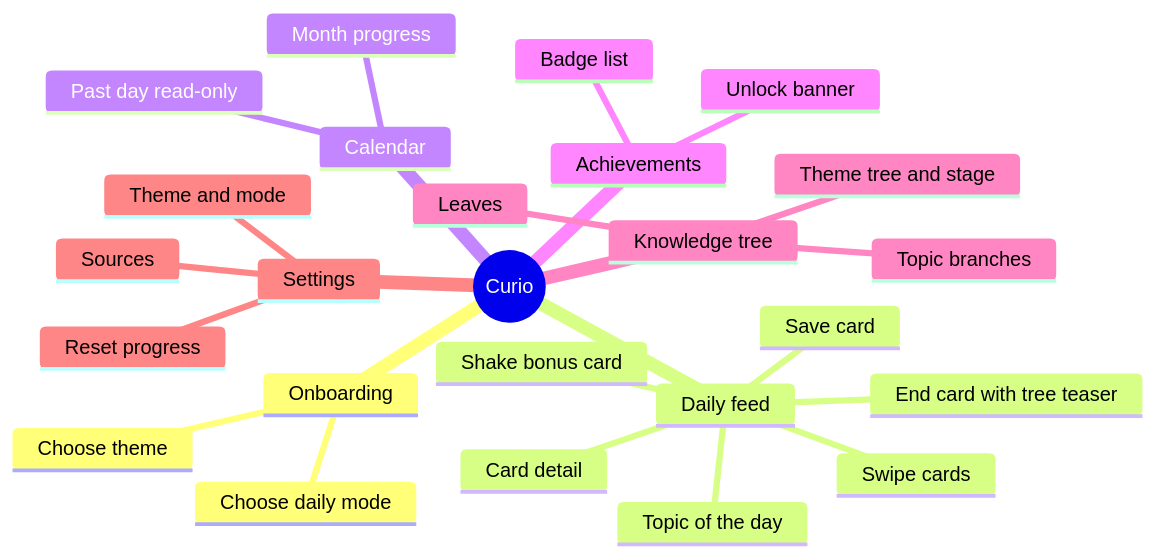
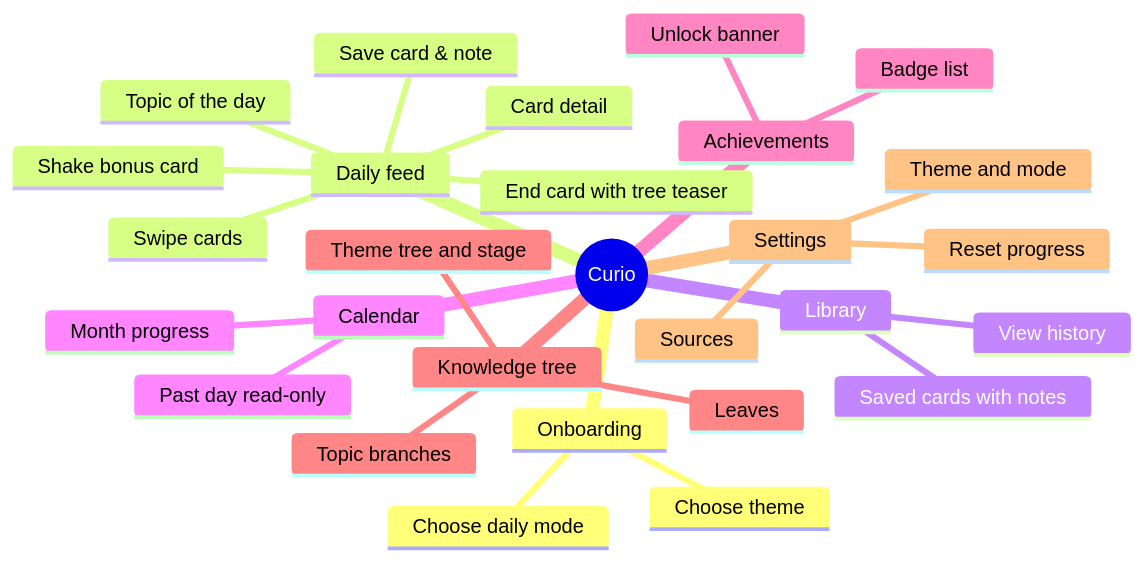
One commit to Alexia-Crisan/Curio changed the first of 10 diagrams in docs/CURIO_requirements_and_diagrams.md. Above: the diagram before and after it, drawn with Mermaid. The commit also changed other lines of this file and 2 other files, not shown here.

Commit message:
docs: requirements, diagrams, acceptance matrix and demo script match the final app

````diff
--- a/docs/CURIO_requirements_and_diagrams.md
+++ b/docs/CURIO_requirements_and_diagrams.md
@@ -31,28 +32,31 @@
 ```mermaid
 mindmap
   root((Curio))
     Onboarding
       Choose theme
       Choose daily mode
     Daily feed
       Topic of the day
       Swipe cards
       Card detail
-      Save card
+      Save card & note
       Shake bonus card
       End card with tree teaser
+    Library
+      Saved cards with notes
+      View history
     Calendar
       Month progress
       Past day read-only
     Achievements
       Badge list
       Unlock banner
     Knowledge tree
       Theme tree and stage
       Topic branches
       Leaves
     Settings
       Theme and mode
       Sources
       Reset progress
 ```
````
